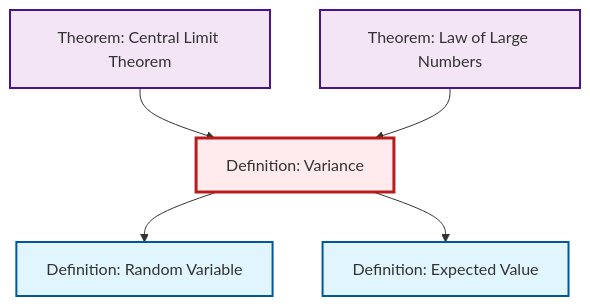
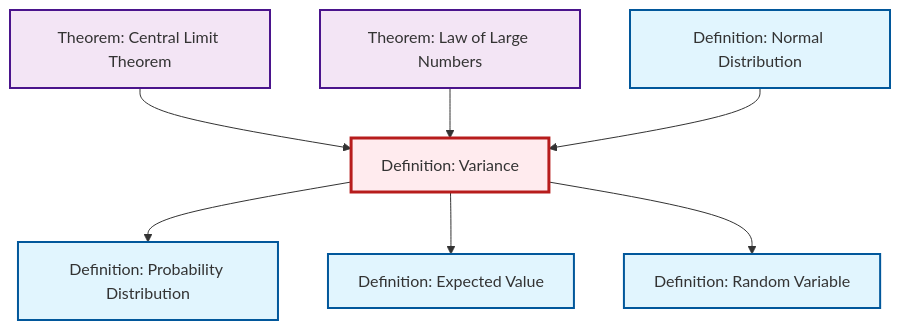
The second of 2 diagrams in content/en/probability-statistics/def-variance.qmd (RK0429/ModernMath), drawn with Mermaid before and after one commit. The commit also changed other lines of this file and 634 other files, not shown here.

````diff
--- a/content/en/probability-statistics/def-variance.qmd
+++ b/content/en/probability-statistics/def-variance.qmd
@@ -102,23 +102,29 @@
 ```{mermaid}
 %%| fig-cap: "Local dependency graph"
 graph TD
     classDef definition fill:#e1f5fe,stroke:#01579b,stroke-width:2px
     classDef theorem fill:#f3e5f5,stroke:#4a148c,stroke-width:2px
     classDef axiom fill:#fff3e0,stroke:#e65100,stroke-width:2px
     classDef example fill:#e8f5e9,stroke:#1b5e20,stroke-width:2px
     classDef current fill:#ffebee,stroke:#b71c1c,stroke-width:3px
     thm-central-limit["Theorem: Central Limit Theorem"]:::theorem
+    def-expectation["Definition: Expected Value"]:::definition
+    def-variance["Definition: Variance"]:::definition
+    def-probability-distribution["Definition: Probability Distribution"]:::definition
+    def-normal-distribution["Definition: Normal Distribution"]:::definition
     thm-law-of-large-numbers["Theorem: Law of Large Numbers"]:::theorem
-    def-expectation["Definition: Expected Value"]:::definition
     def-random-variable["Definition: Random Variable"]:::definition
-    def-variance["Definition: Variance"]:::definition
+    def-variance --> def-probability-distribution
+    def-variance --> def-expectation
     thm-central-limit --> def-variance
     thm-law-of-large-numbers --> def-variance
+    def-normal-distribution --> def-variance
     def-variance --> def-random-variable
-    def-variance --> def-expectation
     class def-variance current
     click thm-central-limit "thm-central-limit.html" "Go to Central Limit Theorem theorem"
+    click def-expectation "def-expectation.html" "Go to Expected Value definition"
+    click def-probability-distribution "def-probability-distribution.html" "Go to Probability Distribution definition"
+    click def-normal-distribution "def-normal-distribution.html" "Go to Normal Distribution definition"
     click thm-law-of-large-numbers "thm-law-of-large-numbers.html" "Go to Law of Large Numbers theorem"
-    click def-expectation "def-expectation.html" "Go to Expected Value definition"
     click def-random-variable "def-random-variable.html" "Go to Random Variable definition"
 ```
````
